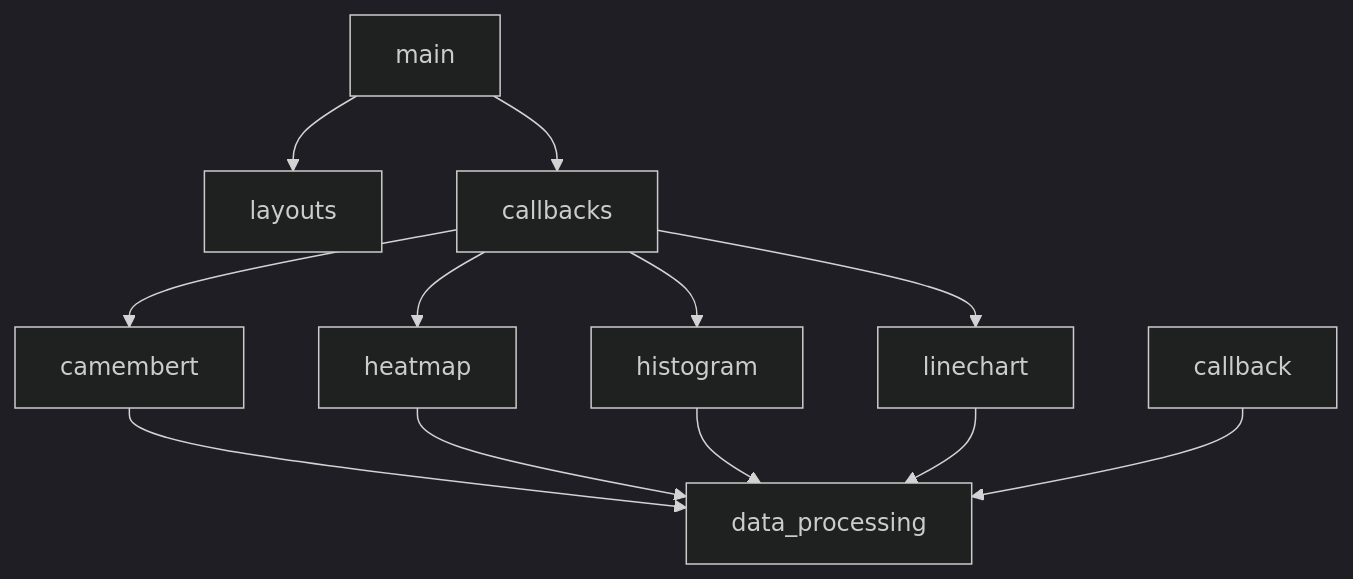
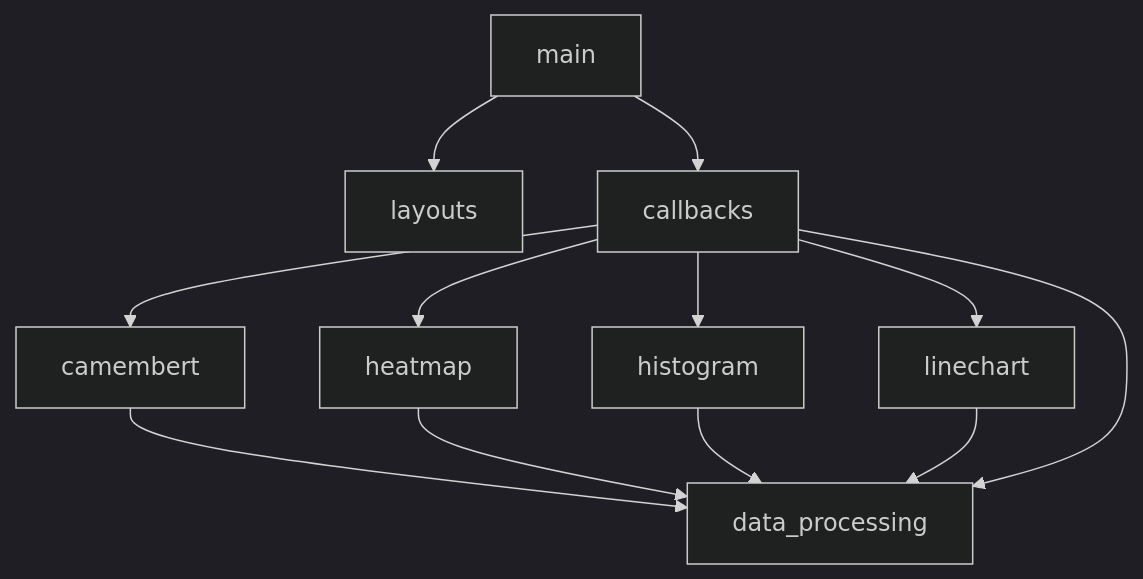
One commit to 71m07h33/E3-PR2-Miniprojet changed the diagram in README.md. Above: the diagram before and after it, drawn with Mermaid (dark theme).

Commit message:
toujours mermaid

````diff
--- a/README.md
+++ b/README.md
@@ -135,14 +135,14 @@
 ```mermaid
 flowchart TD
   main-->layouts;
   main-->callbacks;
   callbacks-->camembert;
   callbacks-->heatmap;
   callbacks-->histogram;
   callbacks-->linechart;
   camembert-->data_processing;
   heatmap-->data_processing;
   histogram-->data_processing;
   linechart-->data_processing;
-  callback-->data_processing;
+  callbacks-->data_processing;
 ```
````
